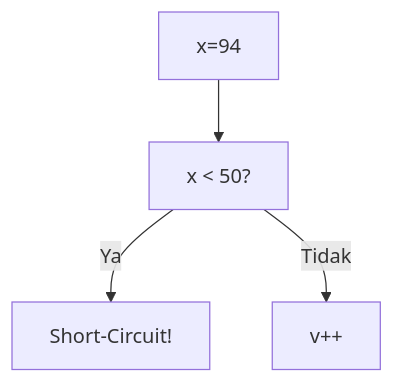
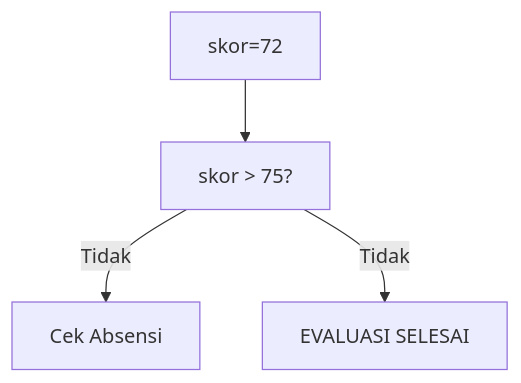
The fourth of 25 diagrams in part-c-pemahaman-cpp/02-percabangan/latihan/set-04.md (amnahwaida/OSNK_INF_PREP), drawn with Mermaid before and after one commit. The commit also changed other lines of this file and 71 other files, not shown here.

````diff
--- a/part-c-pemahaman-cpp/02-percabangan/latihan/set-04.md
+++ b/part-c-pemahaman-cpp/02-percabangan/latihan/set-04.md
@@ -105,6 +110,6 @@
 ```mermaid
 graph TD
-A["x=94"] --> B["x < 50?"]
-B -- Ya --> C["Short-Circuit!"]
-B -- Tidak --> D["v++"]
+A["skor=72"] --> B["skor > 75?"]
+B -- Tidak --> C["Cek Absensi"]
+B -- Tidak --> D["EVALUASI SELESAI"]
 ```
````
